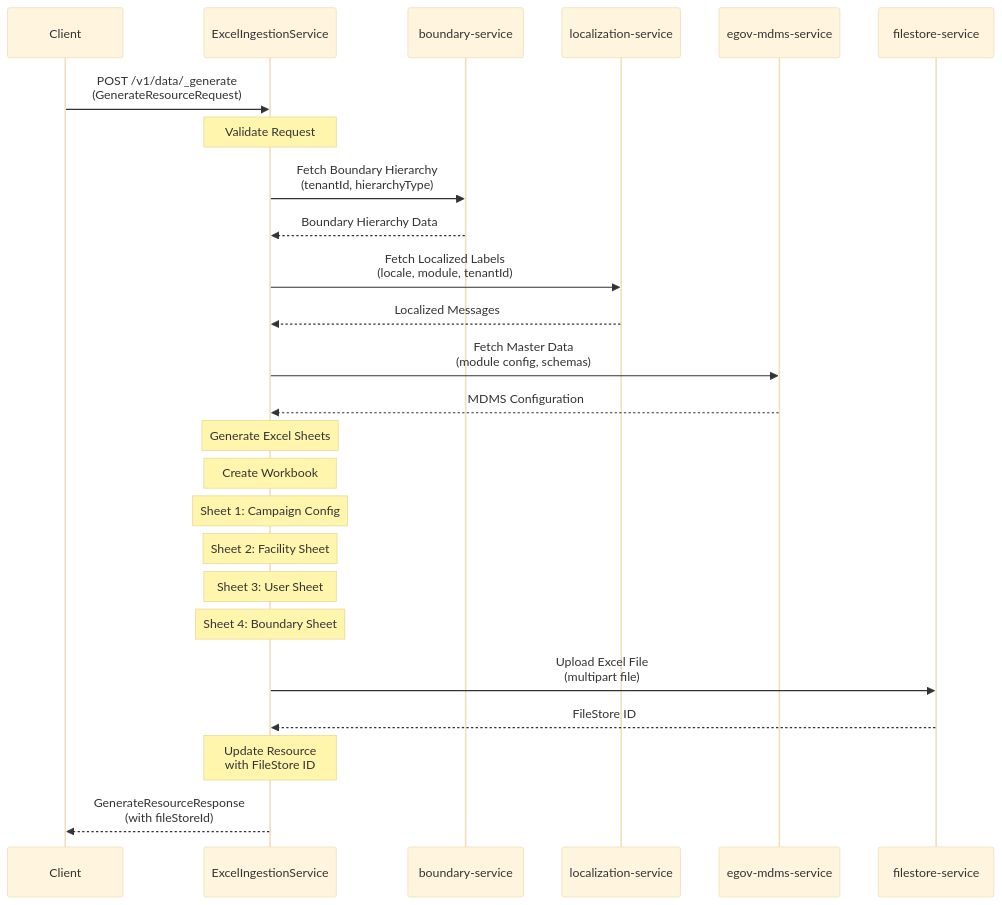
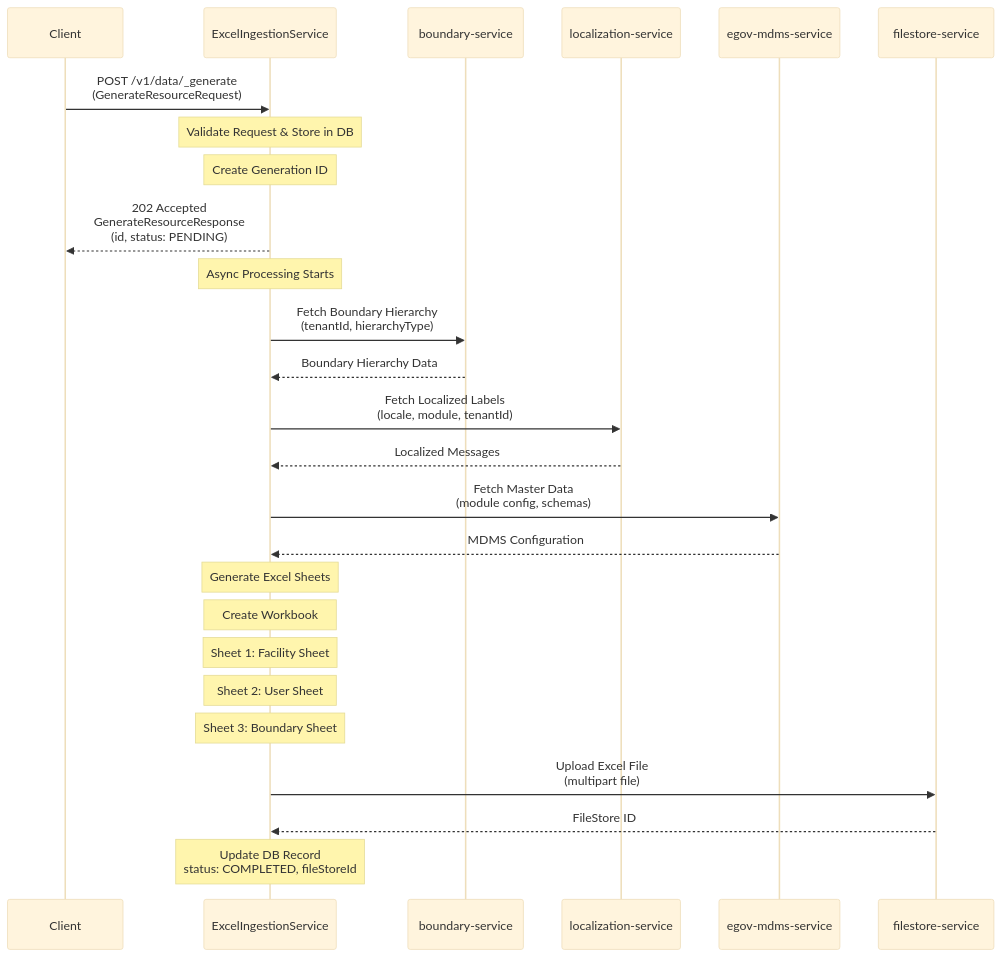
Before and after one commit to egovernments/health-campaign-services: the first of 8 diagrams in health-services/excel-ingestion/README.md, drawn with Mermaid (base theme). The commit also changed other lines of this file and 10 other files, not shown here.

````diff
--- a/health-services/excel-ingestion/README.md
+++ b/health-services/excel-ingestion/README.md
@@ -8,36 +10,38 @@
 ```mermaid
 sequenceDiagram
     participant Client
     participant ExcelIngestionService
     participant boundary-service
     participant localization-service
     participant egov-mdms-service
     participant filestore-service
     
     Client->>ExcelIngestionService: POST /v1/data/_generate<br/>(GenerateResourceRequest)
     
-    Note over ExcelIngestionService: Validate Request
+    Note over ExcelIngestionService: Validate Request & Store in DB
+    Note over ExcelIngestionService: Create Generation ID
+    
+    ExcelIngestionService-->>Client: 202 Accepted<br/>GenerateResourceResponse<br/>(id, status: PENDING)
+    
+    Note over ExcelIngestionService: Async Processing Starts
     
     ExcelIngestionService->>boundary-service: Fetch Boundary Hierarchy<br/>(tenantId, hierarchyType)
     boundary-service-->>ExcelIngestionService: Boundary Hierarchy Data
     
     ExcelIngestionService->>localization-service: Fetch Localized Labels<br/>(locale, module, tenantId)
     localization-service-->>ExcelIngestionService: Localized Messages
     
     ExcelIngestionService->>egov-mdms-service: Fetch Master Data<br/>(module config, schemas)
     egov-mdms-service-->>ExcelIngestionService: MDMS Configuration
     
     Note over ExcelIngestionService: Generate Excel Sheets
     Note over ExcelIngestionService: Create Workbook
-    Note over ExcelIngestionService: Sheet 1: Campaign Config
-    Note over ExcelIngestionService: Sheet 2: Facility Sheet
-    Note over ExcelIngestionService: Sheet 3: User Sheet
-    Note over ExcelIngestionService: Sheet 4: Boundary Sheet
+    Note over ExcelIngestionService: Sheet 1: Facility Sheet
+    Note over ExcelIngestionService: Sheet 2: User Sheet
+    Note over ExcelIngestionService: Sheet 3: Boundary Sheet
     
     ExcelIngestionService->>filestore-service: Upload Excel File<br/>(multipart file)
     filestore-service-->>ExcelIngestionService: FileStore ID
     
-    Note over ExcelIngestionService: Update Resource<br/>with FileStore ID
-    
-    ExcelIngestionService-->>Client: GenerateResourceResponse<br/>(with fileStoreId)
+    Note over ExcelIngestionService: Update DB Record<br/>status: COMPLETED, fileStoreId
 ```
````
